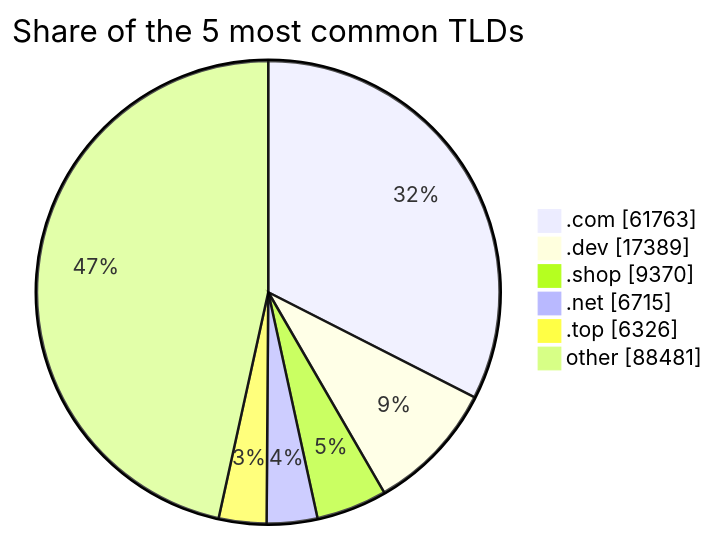
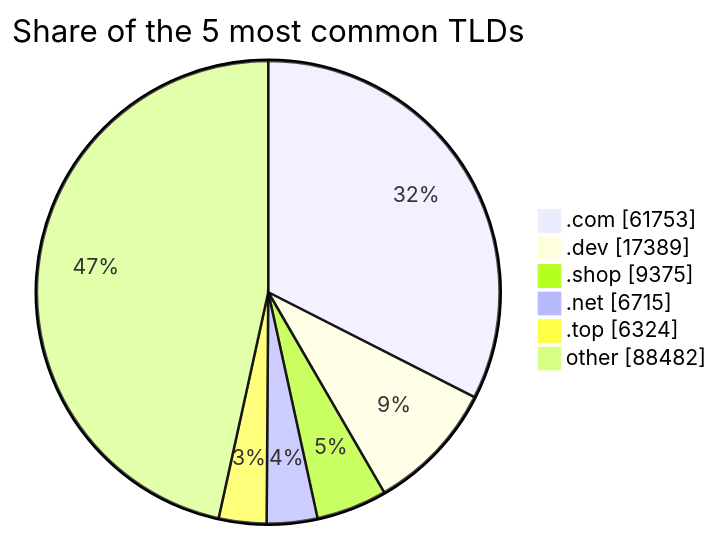
One commit to DNSBunker/CTI changed the third of 3 diagrams in README.md. Above: the diagram before and after it, drawn with Mermaid. The commit also changed other lines of this file and 3 other files, not shown here.

````diff
--- a/README.md
+++ b/README.md
@@ -81,9 +81,9 @@
 ```mermaid
 pie showData title Share of the 5 most common TLDs
-    ".com" : 61763
+    ".com" : 61753
     ".dev" : 17389
-    ".shop" : 9370
+    ".shop" : 9375
     ".net" : 6715
-    ".top" : 6326
-    "other" : 88481
+    ".top" : 6324
+    "other" : 88482
 ```
````
